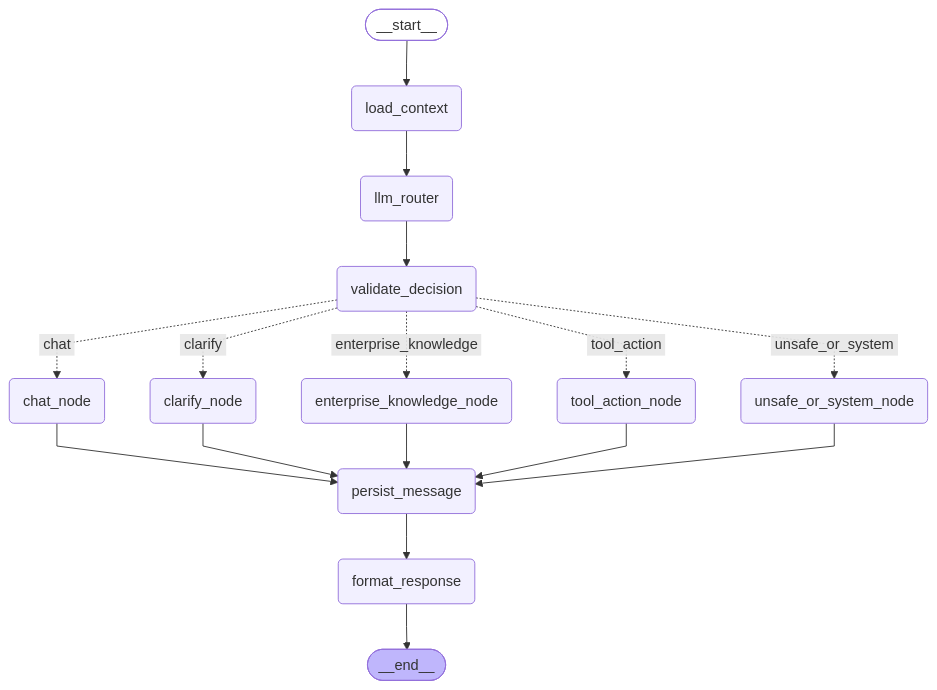
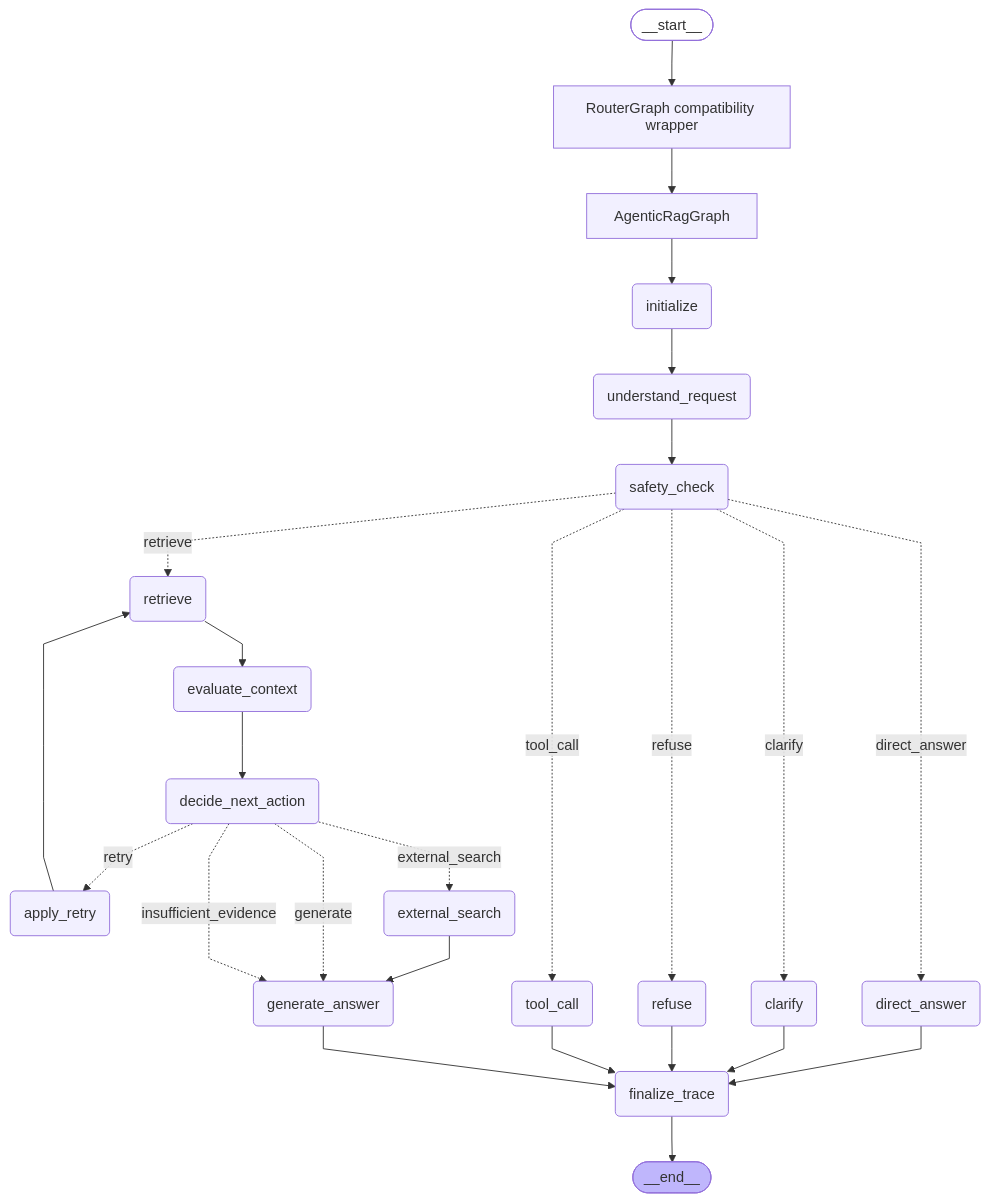
Before and after one commit to Aria-doufan/NexusKB-: the diagram in docs/images/router_graph.mmd, drawn with Mermaid. The commit also changed 13 other files, not shown here.

Commit message:
Document Agentic RAG mainline ownership

```diff
--- a/docs/images/router_graph.mmd
+++ b/docs/images/router_graph.mmd
@@ -1,36 +1,53 @@
 ---
 config:
   flowchart:
     curve: linear
 ---
 graph TD;
-	__start__([<p>__start__</p>]):::first
-	load_context(load_context)
-	llm_router(llm_router)
-	validate_decision(validate_decision)
-	enterprise_knowledge_node(enterprise_knowledge_node)
-	tool_action_node(tool_action_node)
-	chat_node(chat_node)
-	unsafe_or_system_node(unsafe_or_system_node)
-	clarify_node(clarify_node)
-	persist_message(persist_message)
-	format_response(format_response)
-	__end__([<p>__end__</p>]):::last
-	__start__ --> load_context;
-	chat_node --> persist_message;
-	clarify_node --> persist_message;
-	enterprise_knowledge_node --> persist_message;
-	llm_router --> validate_decision;
-	load_context --> llm_router;
-	persist_message --> format_response;
-	tool_action_node --> persist_message;
-	unsafe_or_system_node --> persist_message;
-	validate_decision -. &nbsp;chat&nbsp; .-> chat_node;
-	validate_decision -. &nbsp;clarify&nbsp; .-> clarify_node;
-	validate_decision -. &nbsp;enterprise_knowledge&nbsp; .-> enterprise_knowledge_node;
-	validate_decision -. &nbsp;tool_action&nbsp; .-> tool_action_node;
-	validate_decision -. &nbsp;unsafe_or_system&nbsp; .-> unsafe_or_system_node;
-	format_response --> __end__;
-	classDef default fill:#f2f0ff,line-height:1.2
-	classDef first fill-opacity:0
-	classDef last fill:#bfb6fc
+    __start__([<p>__start__</p>]):::first
+    router_graph[RouterGraph compatibility wrapper]
+    agentic_graph[AgenticRagGraph]
+    initialize(initialize)
+    understand_request(understand_request)
+    safety_check(safety_check)
+    direct_answer(direct_answer)
+    clarify(clarify)
+    refuse(refuse)
+    tool_call(tool_call)
+    retrieve(retrieve)
+    evaluate_context(evaluate_context)
+    decide_next_action(decide_next_action)
+    apply_retry(apply_retry)
+    external_search(external_search)
+    generate_answer(generate_answer)
+    finalize_trace(finalize_trace)
+    __end__([<p>__end__</p>]):::last
+
+    __start__ --> router_graph;
+    router_graph --> agentic_graph;
+    agentic_graph --> initialize;
+    initialize --> understand_request;
+    understand_request --> safety_check;
+    safety_check -. direct_answer .-> direct_answer;
+    safety_check -. clarify .-> clarify;
+    safety_check -. refuse .-> refuse;
+    safety_check -. tool_call .-> tool_call;
+    safety_check -. retrieve .-> retrieve;
+    retrieve --> evaluate_context;
+    evaluate_context --> decide_next_action;
+    decide_next_action -. retry .-> apply_retry;
+    apply_retry --> retrieve;
+    decide_next_action -. external_search .-> external_search;
+    external_search --> generate_answer;
+    decide_next_action -. generate .-> generate_answer;
+    decide_next_action -. insufficient_evidence .-> generate_answer;
+    direct_answer --> finalize_trace;
+    clarify --> finalize_trace;
+    refuse --> finalize_trace;
+    tool_call --> finalize_trace;
+    generate_answer --> finalize_trace;
+    finalize_trace --> __end__;
+
+    classDef default fill:#f2f0ff,line-height:1.2
+    classDef first fill-opacity:0
+    classDef last fill:#bfb6fc
```
